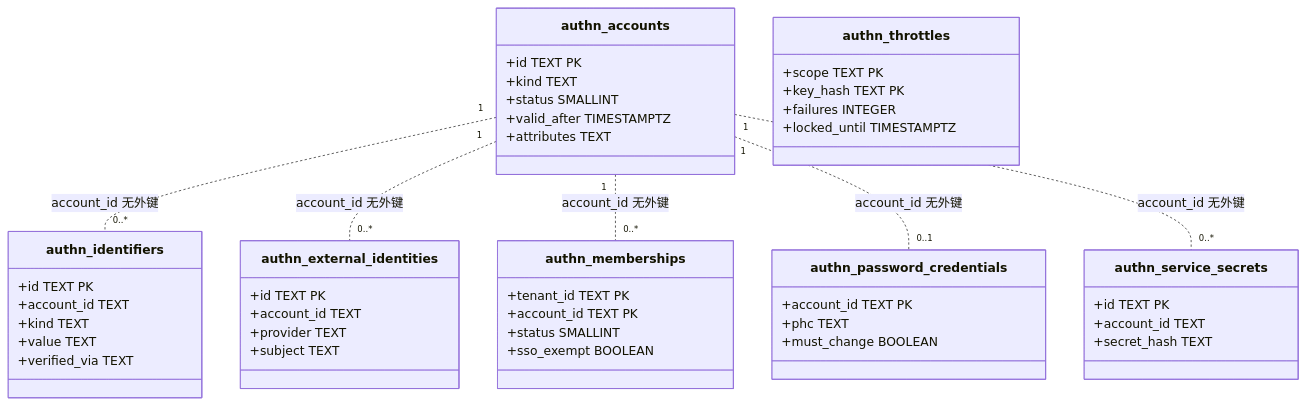
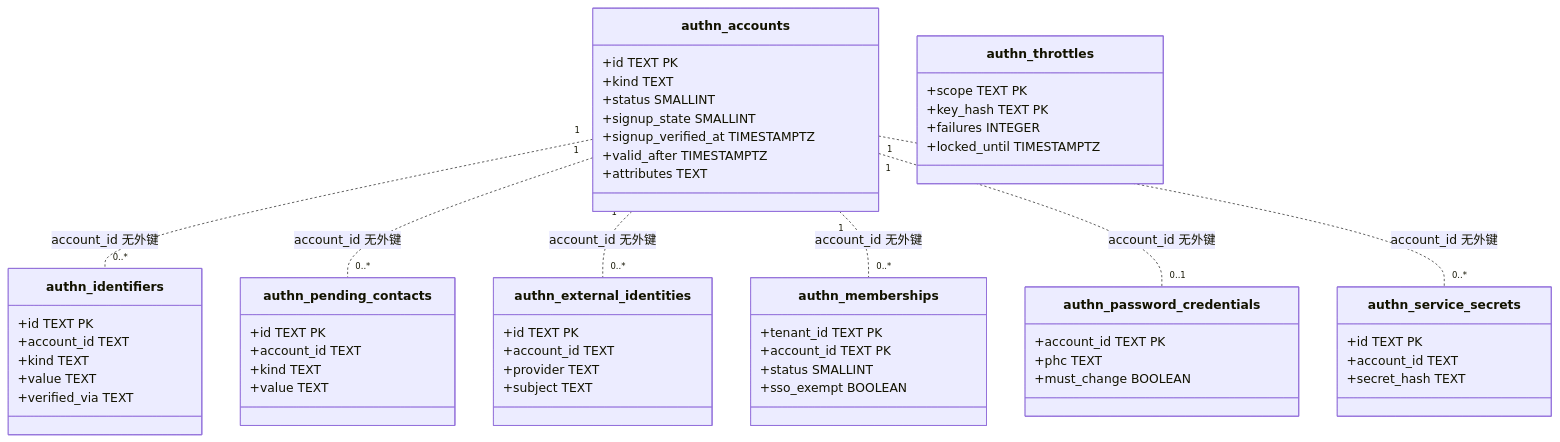
The first of 4 diagrams in docs/design/modules/authn/design-authn-account.md (wangzw/speed), drawn with Mermaid before and after one commit. The commit also changed other lines of this file and 30 other files, not shown here.

First line of the commit message:
docs(authn): specify password signup with deferred email verification

````diff
--- a/docs/design/modules/authn/design-authn-account.md
+++ b/docs/design/modules/authn/design-authn-account.md
@@ -239,50 +270,59 @@
 ```mermaid
 classDiagram
     class authn_accounts {
         +id TEXT PK
         +kind TEXT
         +status SMALLINT
+        +signup_state SMALLINT
+        +signup_verified_at TIMESTAMPTZ
         +valid_after TIMESTAMPTZ
         +attributes TEXT
     }
     class authn_identifiers {
         +id TEXT PK
         +account_id TEXT
         +kind TEXT
         +value TEXT
         +verified_via TEXT
+    }
+    class authn_pending_contacts {
+        +id TEXT PK
+        +account_id TEXT
+        +kind TEXT
+        +value TEXT
     }
     class authn_external_identities {
         +id TEXT PK
         +account_id TEXT
         +provider TEXT
         +subject TEXT
     }
     class authn_memberships {
         +tenant_id TEXT PK
         +account_id TEXT PK
         +status SMALLINT
         +sso_exempt BOOLEAN
     }
     class authn_password_credentials {
         +account_id TEXT PK
         +phc TEXT
         +must_change BOOLEAN
     }
     class authn_service_secrets {
         +id TEXT PK
         +account_id TEXT
         +secret_hash TEXT
     }
     class authn_throttles {
         +scope TEXT PK
         +key_hash TEXT PK
         +failures INTEGER
         +locked_until TIMESTAMPTZ
     }
     authn_accounts "1" .. "0..*" authn_identifiers : account_id 无外键
+    authn_accounts "1" .. "0..*" authn_pending_contacts : account_id 无外键
     authn_accounts "1" .. "0..*" authn_external_identities : account_id 无外键
     authn_accounts "1" .. "0..*" authn_memberships : account_id 无外键
     authn_accounts "1" .. "0..1" authn_password_credentials : account_id 无外键
     authn_accounts "1" .. "0..*" authn_service_secrets : account_id 无外键
 ```
````
